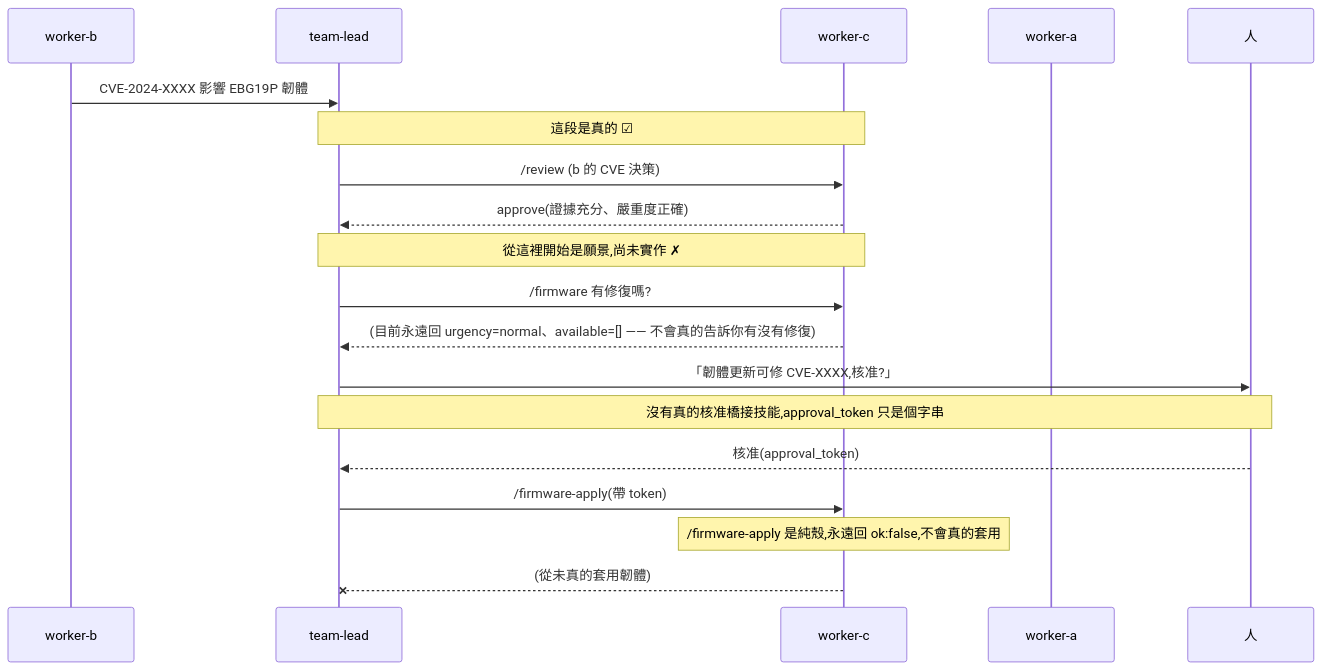
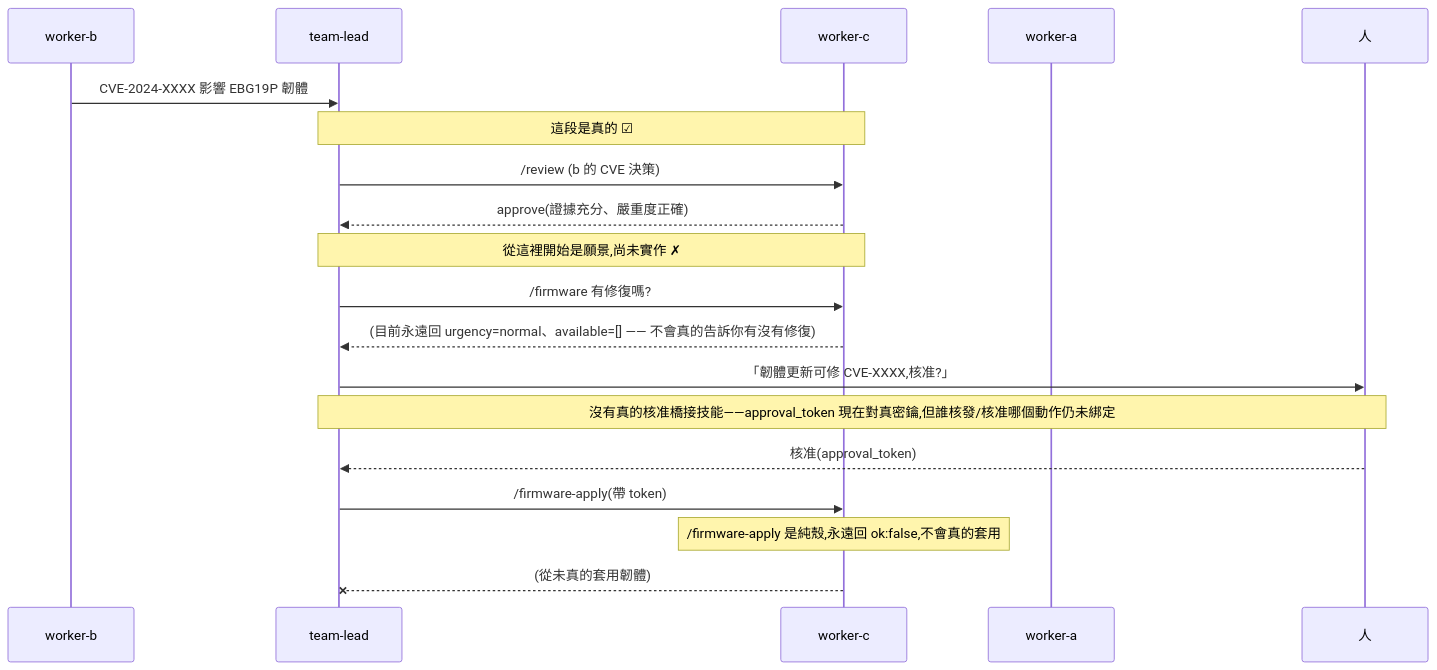
One commit to tonyandclaw/nemofleet changed the second of 2 diagrams in docs/design/worker-c-spec.md. Above: the diagram before and after it, drawn with Mermaid. The commit also changed other lines of this file and 10 other files, not shown here.

````diff
--- a/docs/design/worker-c-spec.md
+++ b/docs/design/worker-c-spec.md
@@ -224,21 +232,21 @@
 ```mermaid
 sequenceDiagram
   participant B as worker-b
   participant L as team-lead
   participant C as worker-c
   participant A as worker-a
   participant H as 人
   B->>L: CVE-2024-XXXX 影響 EBG19P 韌體
   Note over L,C: 這段是真的 ☑
   L->>C: /review (b 的 CVE 決策)
   C-->>L: approve(證據充分、嚴重度正確)
   Note over L,C: 從這裡開始是願景,尚未實作 ✗
   L->>C: /firmware 有修復嗎?
   C-->>L: (目前永遠回 urgency=normal、available=[] —— 不會真的告訴你有沒有修復)
   L->>H: 「韌體更新可修 CVE-XXXX,核准?」
-  Note over L,H: 沒有真的核准橋接技能,approval_token 只是個字串
+  Note over L,H: 沒有真的核准橋接技能——approval_token 現在對真密鑰,但誰核發/核准哪個動作仍未綁定
   H-->>L: 核准(approval_token)
   L->>C: /firmware-apply(帶 token)
   Note over C: /firmware-apply 是純殼,永遠回 ok:false,不會真的套用
   C--xL: (從未真的套用韌體)
 ```
````
